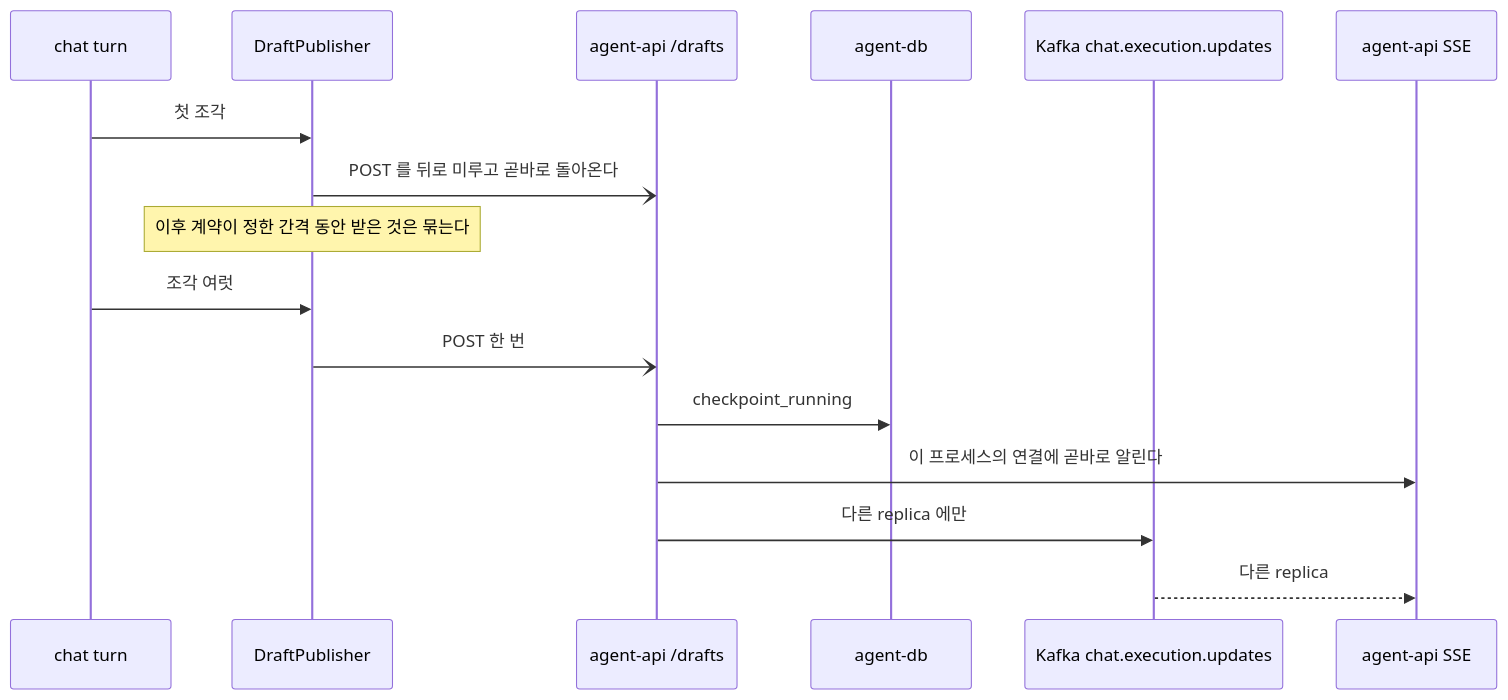
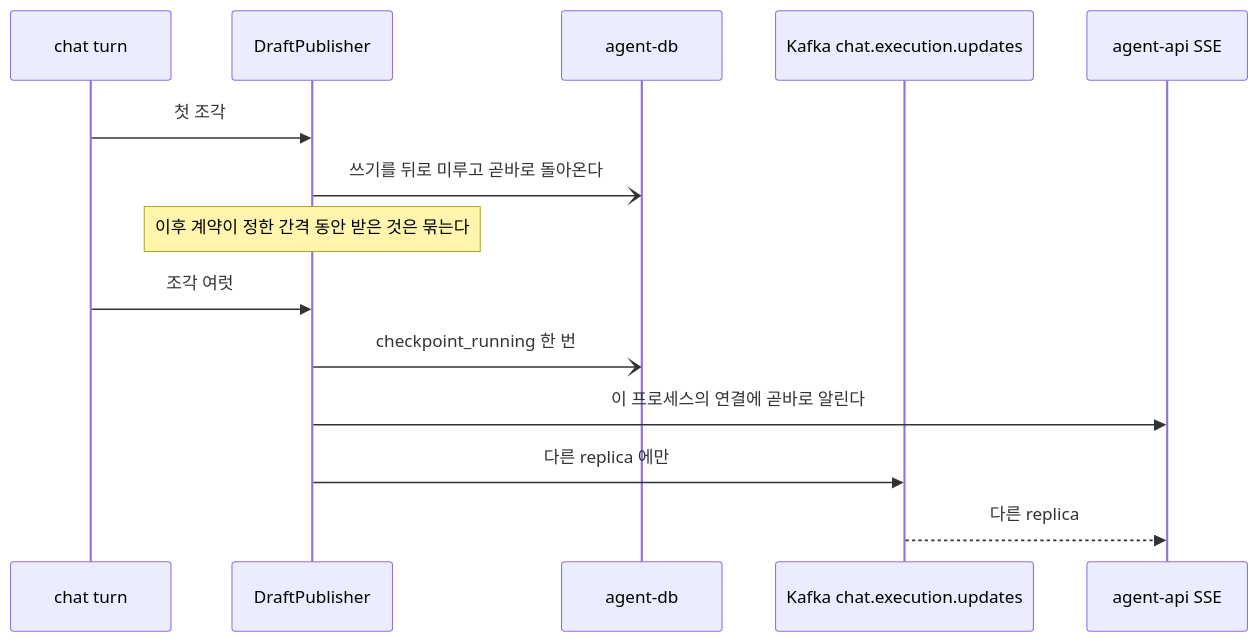
The fifth of 8 diagrams in src/tracer_agent/worker/agents/chat/README.md (agent-tracer/tracer-agent-python), drawn with Mermaid before and after one commit. The commit also changed other lines of this file and 9 other files, not shown here.

````diff
--- a/src/tracer_agent/worker/agents/chat/README.md
+++ b/src/tracer_agent/worker/agents/chat/README.md
@@ -193,19 +190,17 @@
 ```mermaid
 sequenceDiagram
     participant G as chat turn
     participant P as DraftPublisher
-    participant S as agent-api /drafts
     participant D as agent-db
     participant K as Kafka chat.execution.updates
     participant A as agent-api SSE
 
     G->>P: 첫 조각
-    P-)S: POST 를 뒤로 미루고 곧바로 돌아온다
+    P-)D: 쓰기를 뒤로 미루고 곧바로 돌아온다
     Note over P: 이후 계약이 정한 간격 동안 받은 것은 묶는다
     G->>P: 조각 여럿
-    P-)S: POST 한 번
-    S->>D: checkpoint_running
-    S->>A: 이 프로세스의 연결에 곧바로 알린다
-    S->>K: 다른 replica 에만
+    P-)D: checkpoint_running 한 번
+    P->>A: 이 프로세스의 연결에 곧바로 알린다
+    P->>K: 다른 replica 에만
     K-->>A: 다른 replica
 ```
````
